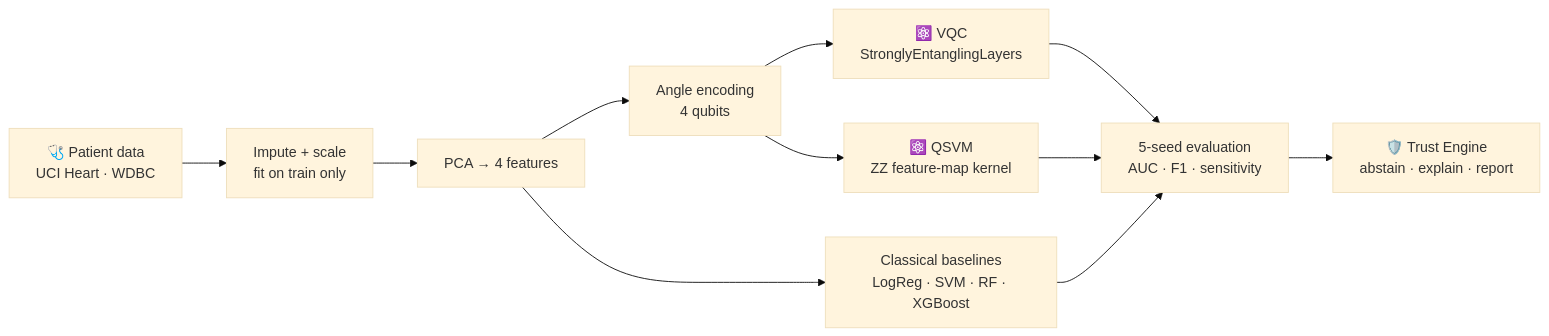
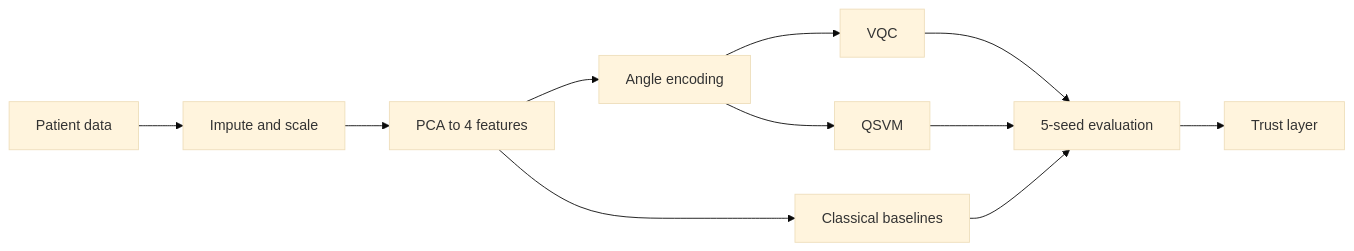
The diagram in README.md (HarshDoshi11/Quatum-Clinic-), drawn with Mermaid (base theme) before and after one commit. The commit also changed other lines of this file, not shown here.

````diff
--- a/README.md
+++ b/README.md
@@ -191,13 +89,13 @@
 ```mermaid
 flowchart LR
-    A["🩺 Patient data<br/>UCI Heart · WDBC"] --> B["Impute + scale<br/>fit on train only"]
-    B --> C["PCA → 4 features"]
-    C --> D["Angle encoding<br/>4 qubits"]
-    D --> E["⚛️ VQC<br/>StronglyEntanglingLayers"]
-    D --> F["⚛️ QSVM<br/>ZZ feature-map kernel"]
-    C --> G["Classical baselines<br/>LogReg · SVM · RF · XGBoost"]
-    E --> H["5-seed evaluation<br/>AUC · F1 · sensitivity"]
+    A[Patient data] --> B[Impute and scale]
+    B --> C[PCA to 4 features]
+    C --> D[Angle encoding]
+    D --> E[VQC]
+    D --> F[QSVM]
+    C --> G[Classical baselines]
+    E --> H[5-seed evaluation]
     F --> H
     G --> H
-    H --> I["🛡️ Trust Engine<br/>abstain · explain · report"]
+    H --> I[Trust layer]
 ```
````
